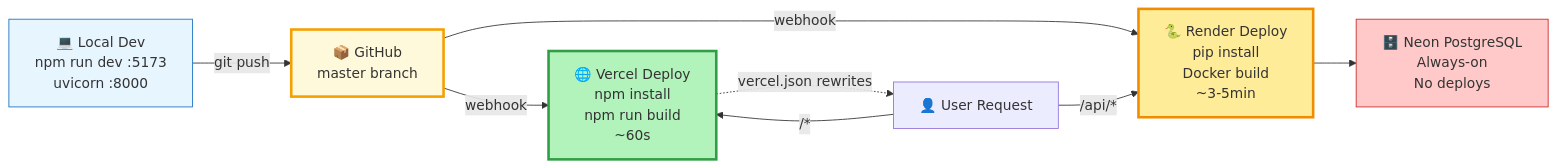
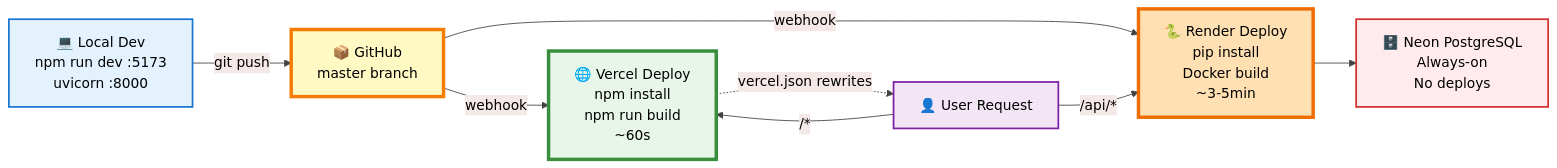
One commit to shra1-honade/protein-calorie-tracker changed the sixth of 6 diagrams in docs/ARCHITECTURE.md. Above: the diagram before and after it, drawn with Mermaid. The commit also changed other lines of this file, not shown here.

First line of the commit message:
Improve Mermaid diagram styling with better colors

````diff
--- a/docs/ARCHITECTURE.md
+++ b/docs/ARCHITECTURE.md
@@ -196,19 +204,21 @@
 ```mermaid
+%%{init: {'theme':'base', 'themeVariables': { 'primaryColor':'#e8f5e9','primaryTextColor':'#000','primaryBorderColor':'#388e3c','lineColor':'#424242'}}}%%
 graph LR
     Dev["💻 Local Dev<br/>npm run dev :5173<br/>uvicorn :8000"] -->|git push| GitHub["📦 GitHub<br/>master branch"]
 
     GitHub -->|webhook| Vercel["🌐 Vercel Deploy<br/>npm install<br/>npm run build<br/>~60s"]
     GitHub -->|webhook| Render["🐍 Render Deploy<br/>pip install<br/>Docker build<br/>~3-5min"]
 
     Vercel -.->|vercel.json rewrites| User["👤 User Request"]
     User -->|"/api/*"| Render
     User -->|"/*"| Vercel
 
     Render --> Neon["🗄️ Neon PostgreSQL<br/>Always-on<br/>No deploys"]
 
-    style Dev fill:#e7f5ff,stroke:#1971c2
-    style GitHub fill:#fff9db,stroke:#f59f00,stroke-width:3px
-    style Vercel fill:#b2f2bb,stroke:#2f9e44,stroke-width:3px
-    style Render fill:#ffec99,stroke:#f08c00,stroke-width:3px
-    style Neon fill:#ffc9c9,stroke:#c92a2a
+    style Dev fill:#E3F2FD,stroke:#1976D2,stroke-width:2px,color:#000
+    style GitHub fill:#FFF9C4,stroke:#F57C00,stroke-width:4px,color:#000
+    style Vercel fill:#E8F5E9,stroke:#388E3C,stroke-width:4px,color:#000
+    style Render fill:#FFE0B2,stroke:#EF6C00,stroke-width:4px,color:#000
+    style User fill:#F3E5F5,stroke:#7B1FA2,stroke-width:2px,color:#000
+    style Neon fill:#FFEBEE,stroke:#D32F2F,stroke-width:2px,color:#000
 ```
````
